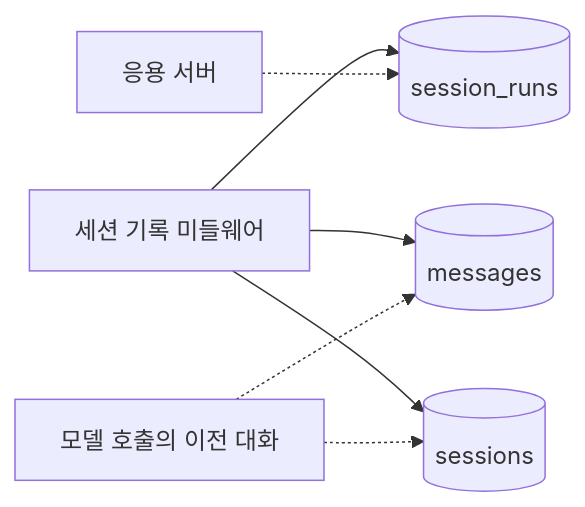
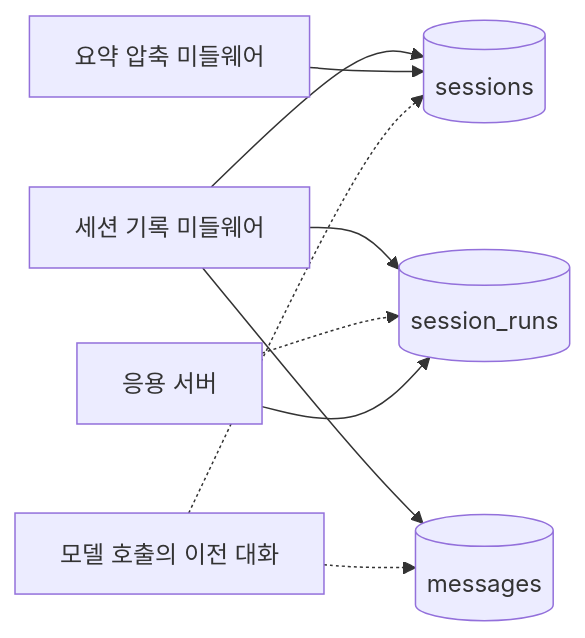
Before and after one commit to iwindfree/ai-agent-framework-architecture: diagram 29 of 30 in 00.architecture.md, drawn with Mermaid. The commit also changed other lines of this file and 1 other file, not shown here.

````diff
--- a/00.architecture.md
+++ b/00.architecture.md
@@ -2445,9 +2461,11 @@
 ```mermaid
 flowchart LR
     SESS[세션 기록 미들웨어] --> SE[(sessions)]
+    SUM[요약 압축 미들웨어] --> SE
     SESS --> SR[(session_runs)]
     SESS --> MS[(messages)]
     APP[응용 서버] -.-> SR
     MODEL[모델 호출의 이전 대화] -.-> MS
+    APP --> SR
     MODEL -.-> SE
 ```
````
